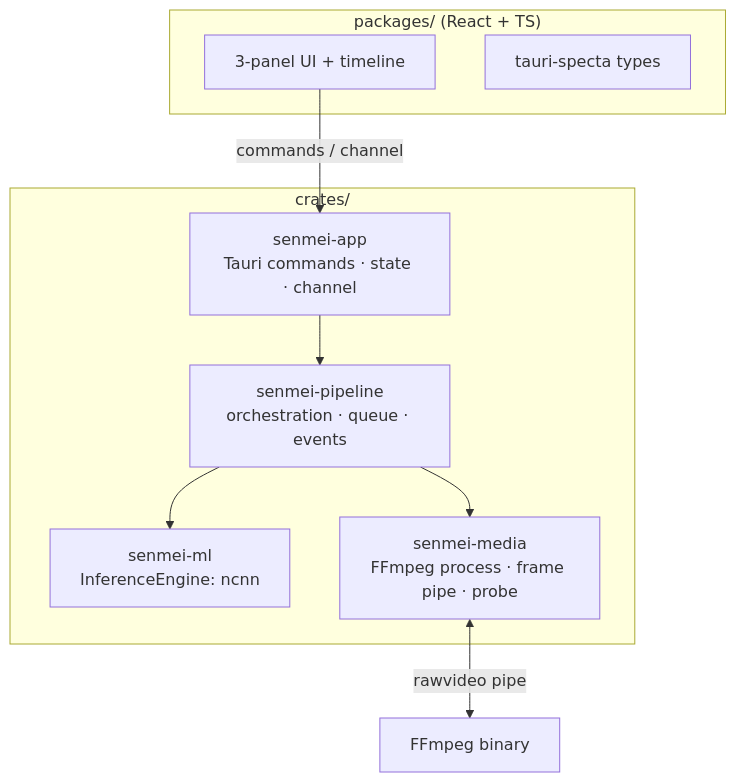
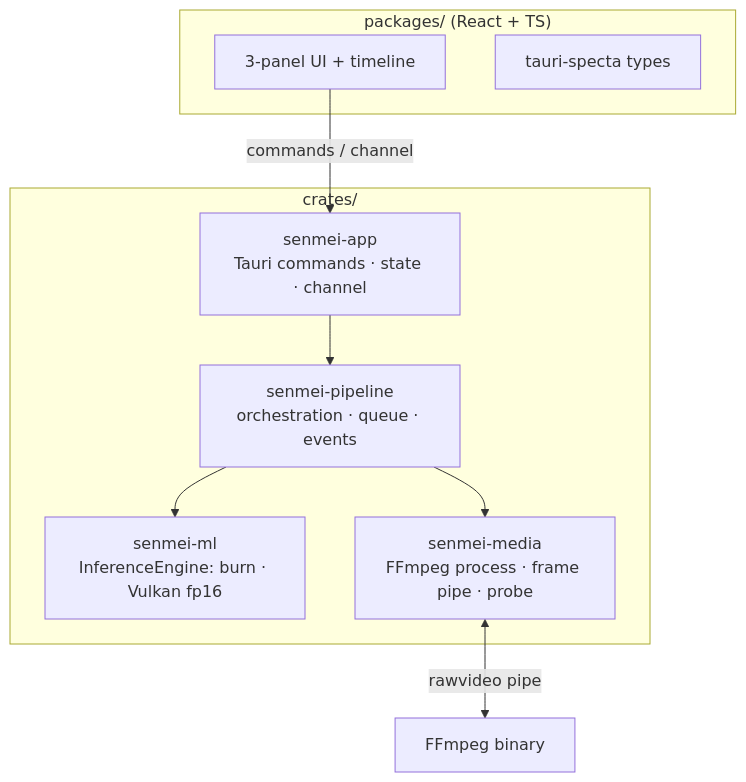
One commit to senmei-app/senmei changed the second of 3 diagrams in docs/PLAN.md. Above: the diagram before and after it, drawn with Mermaid. The commit also changed other lines of this file and 4 other files, not shown here.

````diff
--- a/docs/PLAN.md
+++ b/docs/PLAN.md
@@ -92,22 +92,22 @@
 ```mermaid
 flowchart TB
     subgraph Frontend["packages/ (React + TS)"]
         UI[3-panel UI + timeline]
         BRIDGE[tauri-specta types]
     end
 
     subgraph Rust["crates/"]
         APP[senmei-app<br/>Tauri commands · state · channel]
         PIPE[senmei-pipeline<br/>orchestration · queue · events]
-        ML[senmei-ml<br/>InferenceEngine: ncnn]
+        ML[senmei-ml<br/>InferenceEngine: burn · Vulkan fp16]
         MEDIA[senmei-media<br/>FFmpeg process · frame pipe · probe]
     end
 
     FF[FFmpeg binary]
 
     UI -->|commands / channel| APP
     APP --> PIPE
     PIPE --> ML
     PIPE --> MEDIA
     MEDIA <-->|rawvideo pipe| FF
 ```
````
